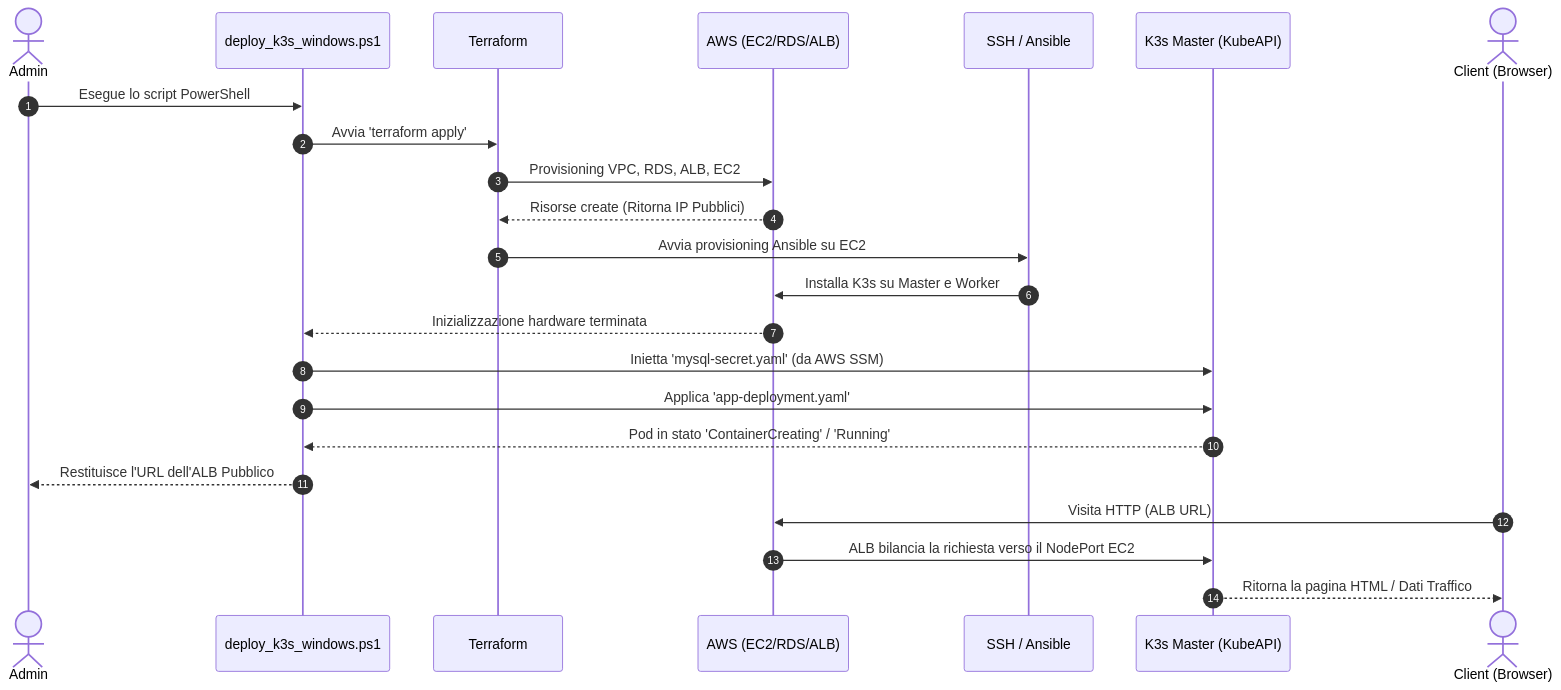
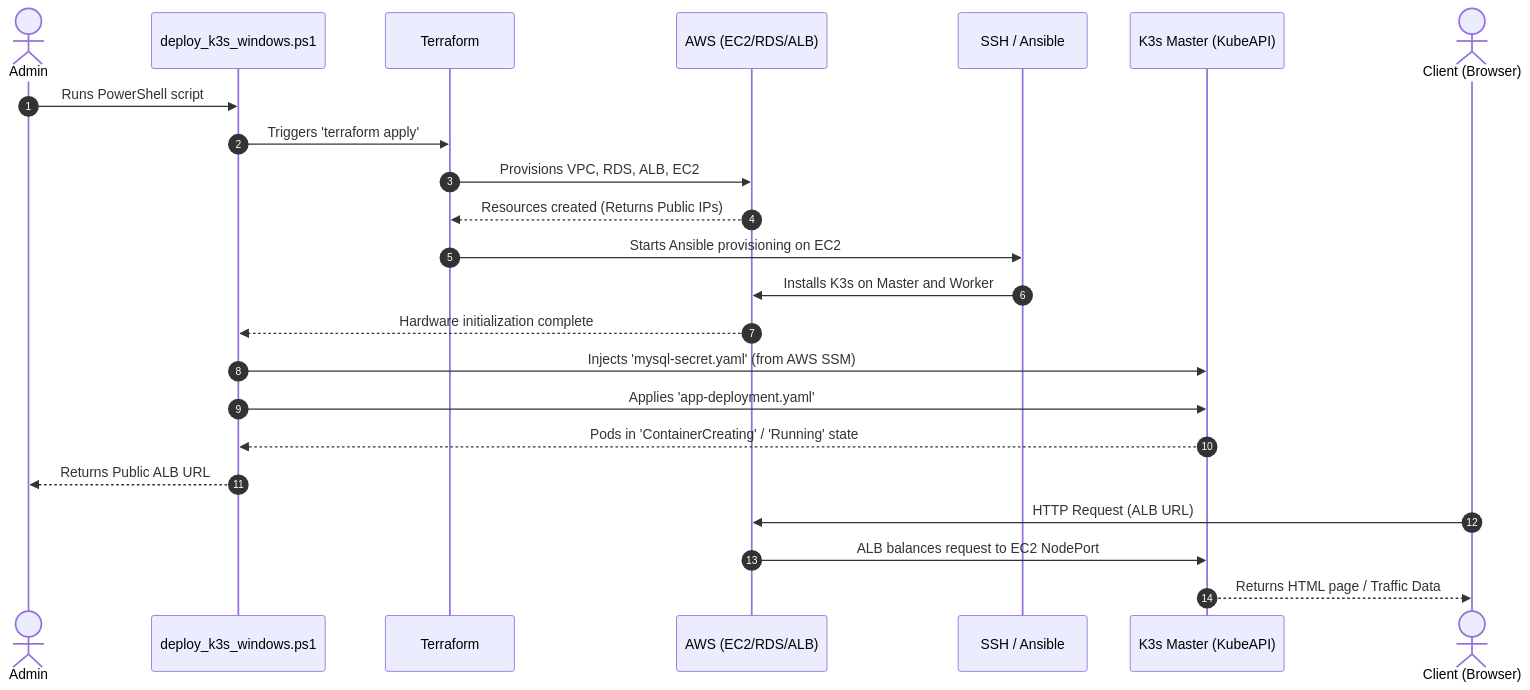
One commit to MaccarroneAlessia/ServerApiMaps-Microservices changed the second of 2 diagrams in docs/report.md. Above: the diagram before and after it, drawn with Mermaid. The commit also changed other lines of this file and 46 other files, not shown here.

````diff
--- a/docs/report.md
+++ b/docs/report.md
@@ -115,27 +113,27 @@
 ```mermaid
 sequenceDiagram
     autonumber
     actor Admin
     participant Script as deploy_k3s_windows.ps1
     participant Terraform
     participant AWS as AWS (EC2/RDS/ALB)
     participant SSH as SSH / Ansible
     participant K8s as K3s Master (KubeAPI)
     actor User as Client (Browser)
 
-    Admin->>Script: Esegue lo script PowerShell
-    Script->>Terraform: Avvia 'terraform apply'
-    Terraform->>AWS: Provisioning VPC, RDS, ALB, EC2
-    AWS-->>Terraform: Risorse create (Ritorna IP Pubblici)
-    Terraform->>SSH: Avvia provisioning Ansible su EC2
-    SSH->>AWS: Installa K3s su Master e Worker
-    AWS-->>Script: Inizializzazione hardware terminata
-    Script->>K8s: Inietta 'mysql-secret.yaml' (da AWS SSM)
-    Script->>K8s: Applica 'app-deployment.yaml'
-    K8s-->>Script: Pod in stato 'ContainerCreating' / 'Running'
-    Script-->>Admin: Restituisce l'URL dell'ALB Pubblico
+    Admin->>Script: Runs PowerShell script
+    Script->>Terraform: Triggers 'terraform apply'
+    Terraform->>AWS: Provisions VPC, RDS, ALB, EC2
+    AWS-->>Terraform: Resources created (Returns Public IPs)
+    Terraform->>SSH: Starts Ansible provisioning on EC2
+    SSH->>AWS: Installs K3s on Master and Worker
+    AWS-->>Script: Hardware initialization complete
+    Script->>K8s: Injects 'mysql-secret.yaml' (from AWS SSM)
+    Script->>K8s: Applies 'app-deployment.yaml'
+    K8s-->>Script: Pods in 'ContainerCreating' / 'Running' state
+    Script-->>Admin: Returns Public ALB URL
     
-    User->>AWS: Visita HTTP (ALB URL)
-    AWS->>K8s: ALB bilancia la richiesta verso il NodePort EC2
-    K8s-->>User: Ritorna la pagina HTML / Dati Traffico
+    User->>AWS: HTTP Request (ALB URL)
+    AWS->>K8s: ALB balances request to EC2 NodePort
+    K8s-->>User: Returns HTML page / Traffic Data
 ```
````
